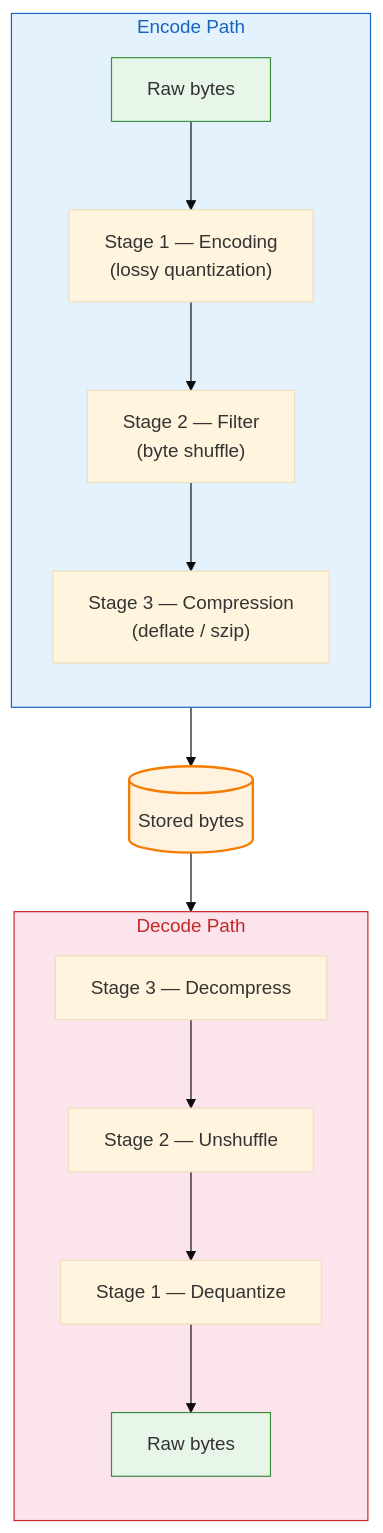
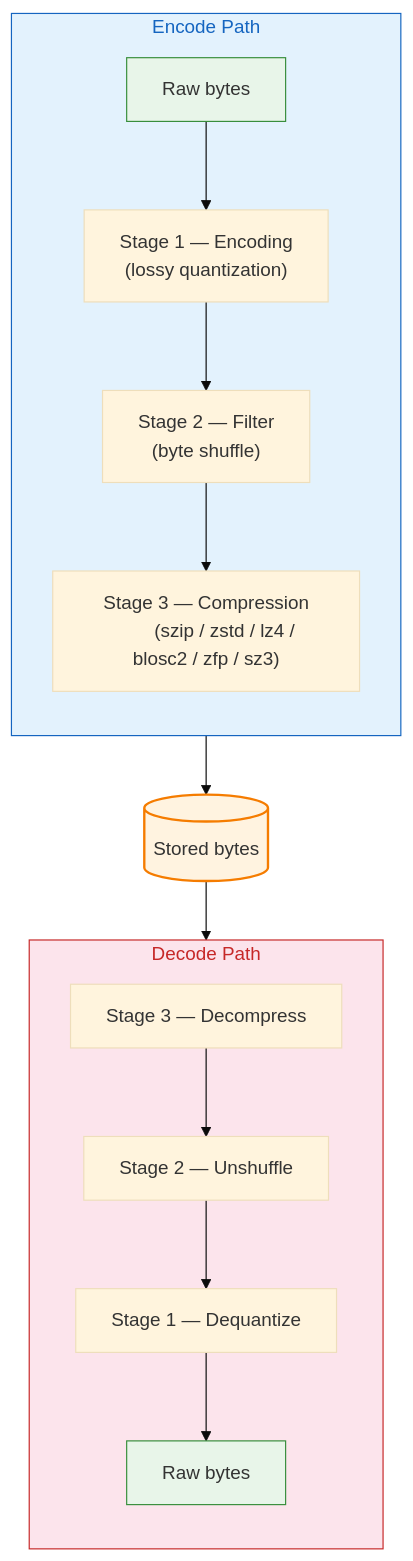
The diagram in docs/src/concepts/pipeline.md (ecmwf/tensogram), drawn with Mermaid (base theme) before and after one commit. The commit also changed other lines of this file and 21 other files, not shown here.

First line of the commit message:
feat(encodings): add five new compressors (zstd, lz4, blosc2, zfp, sz3)

````diff
--- a/docs/src/concepts/pipeline.md
+++ b/docs/src/concepts/pipeline.md
@@ -5,33 +5,33 @@
 ```mermaid
 flowchart TD
     subgraph Encode["Encode Path"]
         direction TB
         A["Raw bytes"]
         B["Stage 1 — Encoding
         (lossy quantization)"]
         C["Stage 2 — Filter
         (byte shuffle)"]
         D["Stage 3 — Compression
-        (deflate / szip)"]
+        (szip / zstd / lz4 / blosc2 / zfp / sz3)"]
         A --> B --> C --> D
     end
 
     S[("Stored bytes")]
 
     subgraph Decode["Decode Path"]
         direction TB
         F["Stage 3 — Decompress"]
         G["Stage 2 — Unshuffle"]
         H["Stage 1 — Dequantize"]
         I["Raw bytes"]
         F --> G --> H --> I
     end
 
     D --> S --> F
 
     style A fill:#e8f5e9,stroke:#388e3c
     style S fill:#fff3e0,stroke:#f57c00,stroke-width:2px
     style I fill:#e8f5e9,stroke:#388e3c
     style Encode fill:#e3f2fd,stroke:#1565c0,color:#1565c0
     style Decode fill:#fce4ec,stroke:#c62828,color:#c62828
 ```
````
